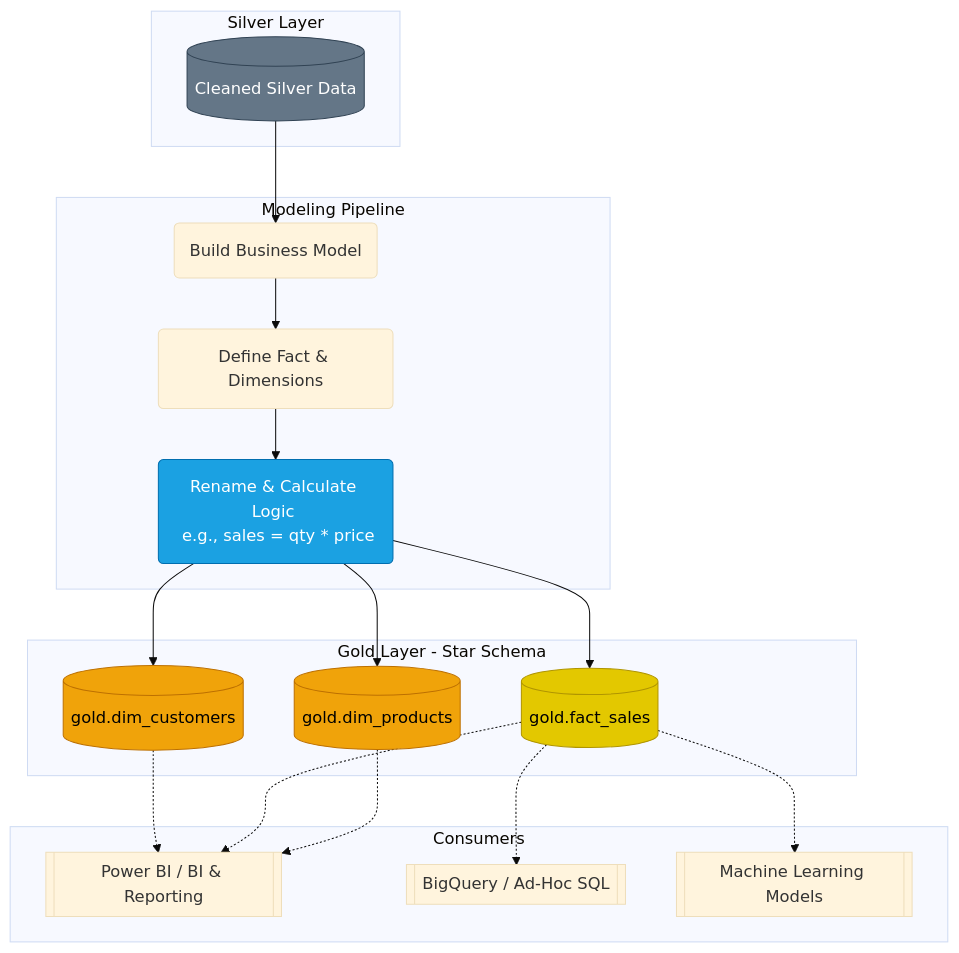
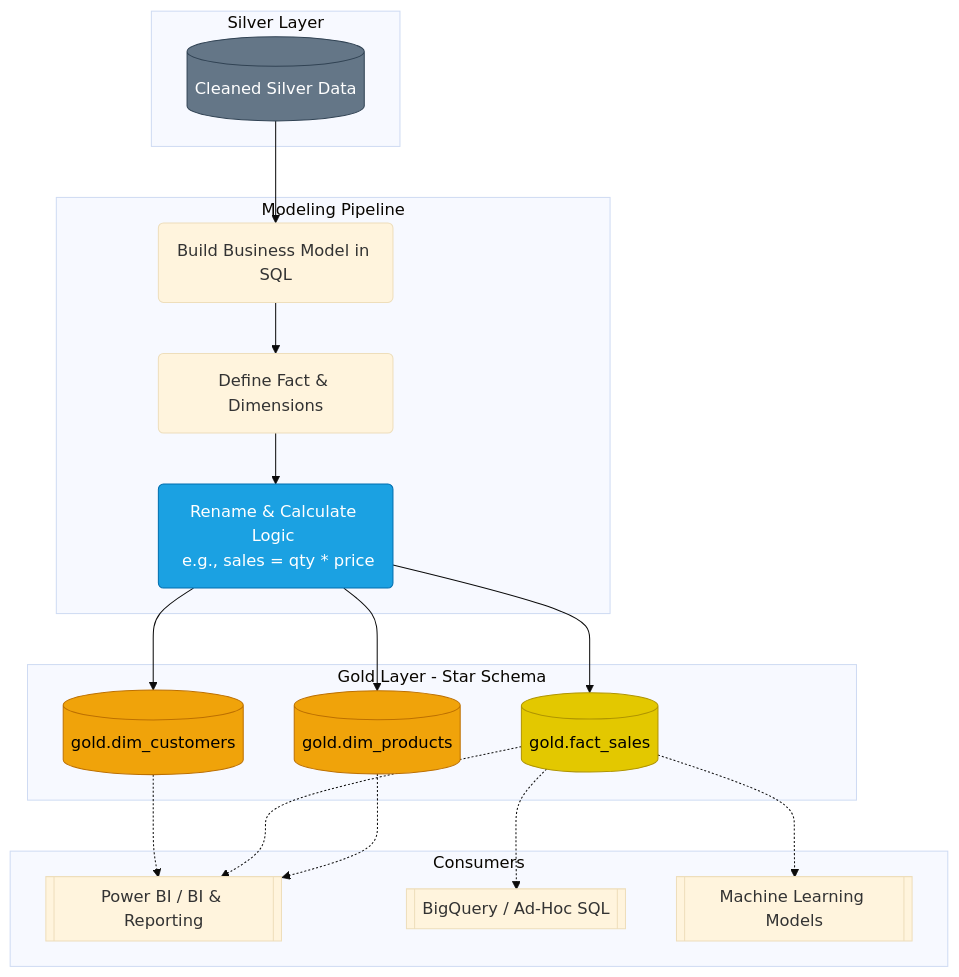
One commit to parvezshahriar/sql-data-warehouse-project changed the third of 3 diagrams in README.md. Above: the diagram before and after it, drawn with Mermaid (base theme). The commit also changed other lines of this file, not shown here.

First line of the commit message:
Revise README for PostgreSQL integration and clarity

````diff
--- a/README.md
+++ b/README.md
@@ -87,32 +87,32 @@
 ```mermaid
 graph TD
     subgraph Silver Layer
         A[(Cleaned Silver Data)]
     end
 
     subgraph Modeling Pipeline
-        A --> B(Build Business Model)
+        A --> B(Build Business Model in SQL)
         B --> C(Define Fact & Dimensions)
         C --> D(Rename & Calculate Logic <br/> e.g., sales = qty * price)
     end
 
     subgraph Gold Layer - Star Schema
         D --> E[(gold.dim_customers)]
         D --> F[(gold.fact_sales)]
         D --> G[(gold.dim_products)]
     end
 
     subgraph Consumers
         E -.-> H[[Power BI / BI & Reporting]]
         F -.-> H
         G -.-> H
         F -.-> I[[BigQuery / Ad-Hoc SQL]]
         F -.-> J[[Machine Learning Models]]
     end
 
     style A fill:#647687,stroke:#314354,color:#fff
     style D fill:#1ba1e2,stroke:#006EAF,color:#fff
     style E fill:#f0a30a,stroke:#BD7000,color:#000
     style F fill:#e3c800,stroke:#B09500,color:#000
     style G fill:#f0a30a,stroke:#BD7000,color:#000
 ```
````
